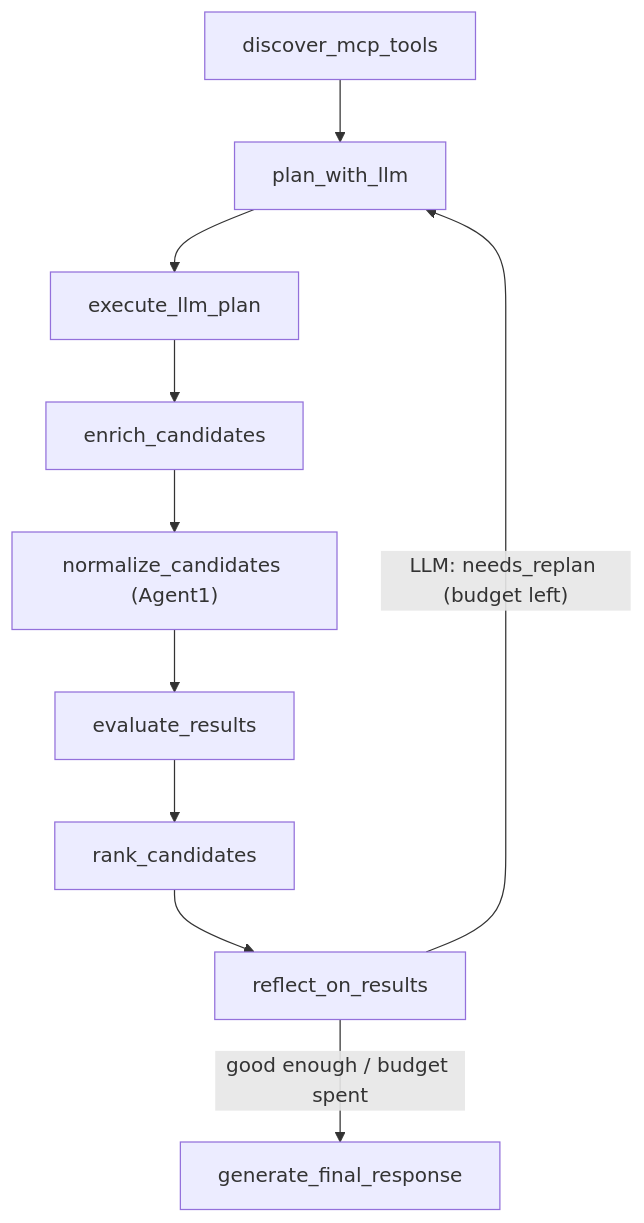
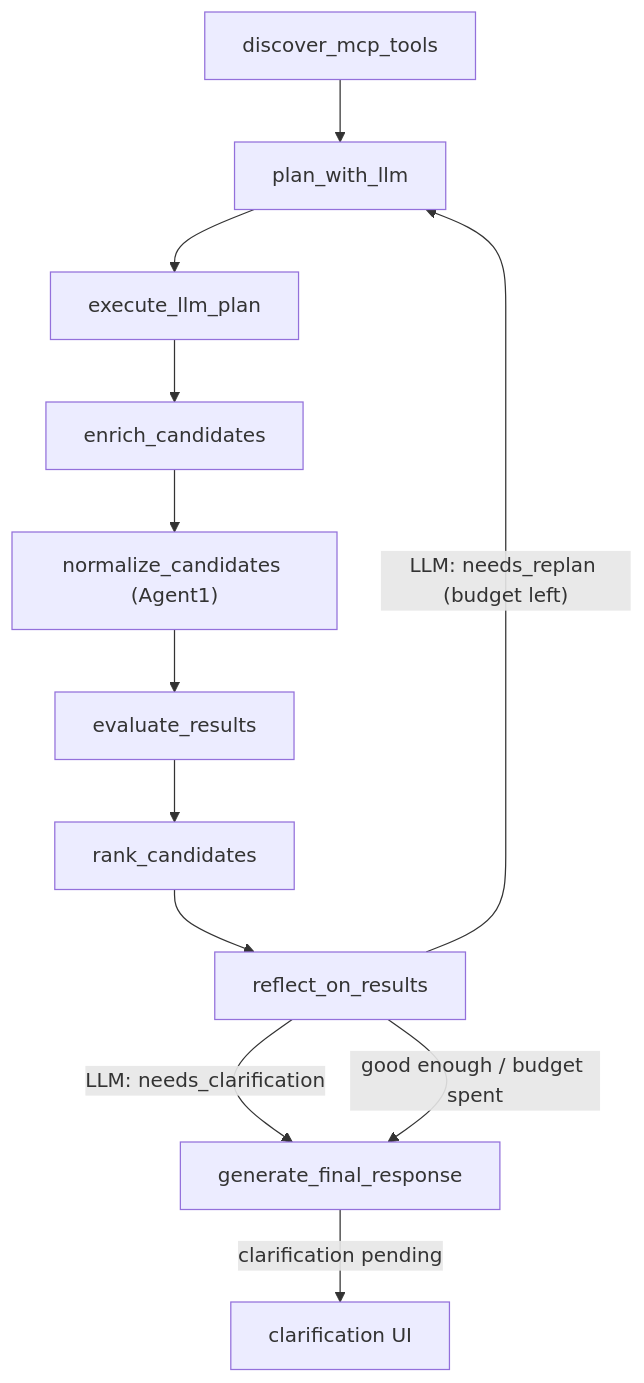
One commit to SIJO-TECHNOLOGY/agent0 changed the first of 2 diagrams in apps/agent-api/docs/langgraph-agent-design.md. Above: the diagram before and after it, drawn with Mermaid. The commit also changed other lines of this file and 13 other files, not shown here.

````diff
--- a/apps/agent-api/docs/langgraph-agent-design.md
+++ b/apps/agent-api/docs/langgraph-agent-design.md
@@ -25,12 +25,14 @@
 ```mermaid
 flowchart TD
     A["discover_mcp_tools"] --> B["plan_with_llm"]
     B --> C["execute_llm_plan"]
     C --> D["enrich_candidates"]
     D --> N["normalize_candidates (Agent1)"]
     N --> E["evaluate_results"]
     E --> F["rank_candidates"]
     F --> G["reflect_on_results"]
     G -->|"LLM: needs_replan (budget left)"| B
-    G -->|"good enough / budget spent"| H["generate_final_response"]
+    G -->|"LLM: needs_clarification"| H["generate_final_response"]
+    G -->|"good enough / budget spent"| H
+    H -->|"clarification pending"| K["clarification UI"]
 ```
````
